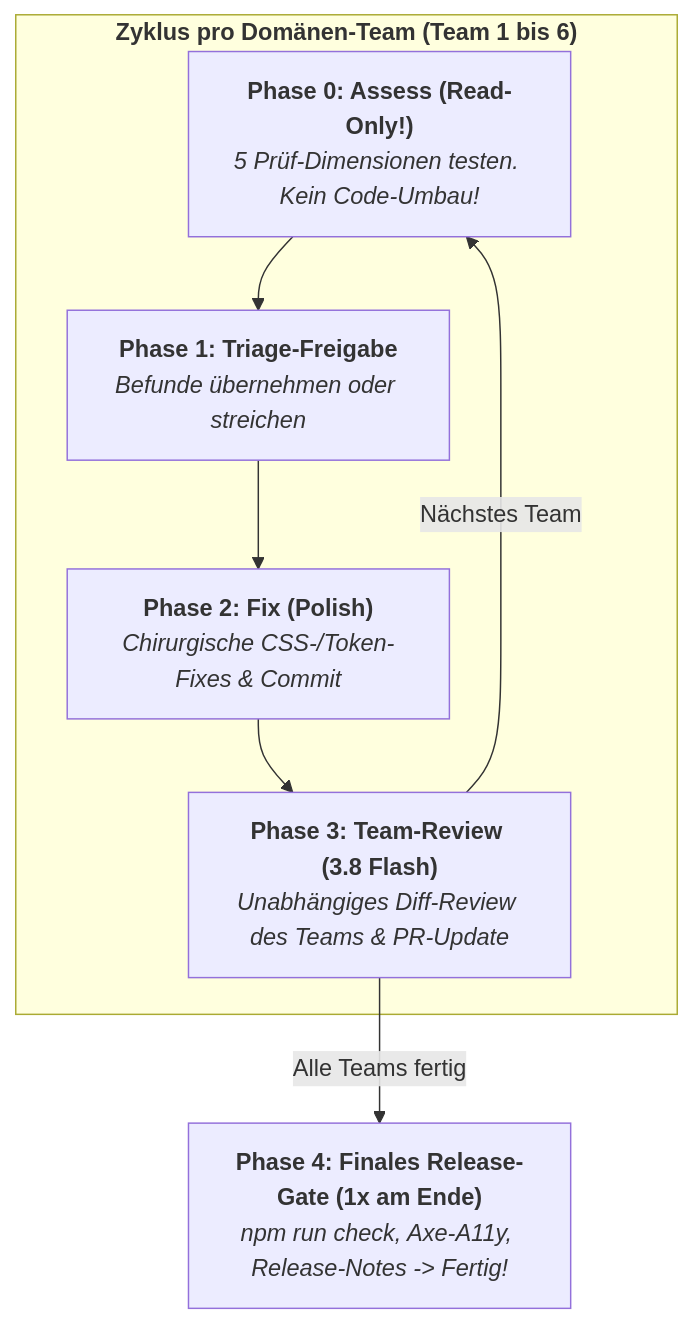
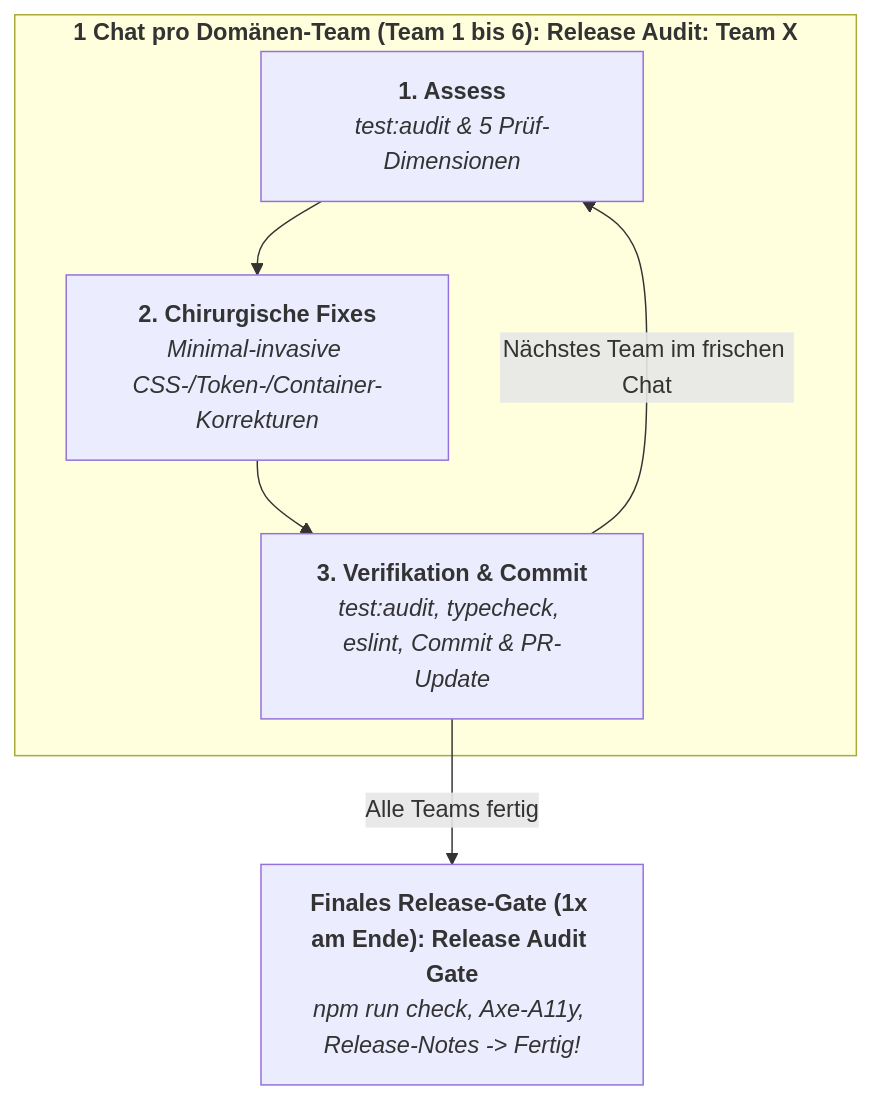
One commit to dmstern/reisotor changed the first of 2 diagrams in docs/UI_AUDIT_GUIDE.md. Above: the diagram before and after it, drawn with Mermaid. The commit also changed other lines of this file and 1 other file, not shown here.

Commit message:
docs(audit): streamline release audit to 1-chat-per-team workflow

````diff
--- a/docs/UI_AUDIT_GUIDE.md
+++ b/docs/UI_AUDIT_GUIDE.md
@@ -141,11 +141,10 @@
 ```mermaid
 flowchart TD
-    subgraph ProTeam["<b>Zyklus pro Domänen-Team (Team 1 bis 6)</b>"]
-        P0["<b>Phase 0: Assess (Read-Only!)</b><br/><i>5 Prüf-Dimensionen testen. Kein Code-Umbau!</i>"]
-        P0 --> P1["<b>Phase 1: Triage-Freigabe</b><br/><i>Befunde übernehmen oder streichen</i>"]
-        P1 --> P2["<b>Phase 2: Fix (Polish)</b><br/><i>Chirurgische CSS-/Token-Fixes & Commit</i>"]
-        P2 --> P3["<b>Phase 3: Team-Review (3.8 Flash)</b><br/><i>Unabhängiges Diff-Review des Teams & PR-Update</i>"]
+    subgraph ProTeam["<b>1 Chat pro Domänen-Team (Team 1 bis 6): Release Audit: Team X</b>"]
+        S1["<b>1. Assess</b><br/><i>test:audit & 5 Prüf-Dimensionen</i>"]
+        S1 --> S2["<b>2. Chirurgische Fixes</b><br/><i>Minimal-invasive CSS-/Token-/Container-Korrekturen</i>"]
+        S2 --> S3["<b>3. Verifikation & Commit</b><br/><i>test:audit, typecheck, eslint, Commit & PR-Update</i>"]
     end
-    P3 -->|Nächstes Team| P0
-    P3 -->|Alle Teams fertig| P4["<b>Phase 4: Finales Release-Gate (1x am Ende)</b><br/><i>npm run check, Axe-A11y, Release-Notes -> Fertig!</i>"]
+    S3 -->|Nächstes Team im frischen Chat| S1
+    S3 -->|Alle Teams fertig| G["<b>Finales Release-Gate (1x am Ende): Release Audit Gate</b><br/><i>npm run check, Axe-A11y, Release-Notes -> Fertig!</i>"]
 ```
````
